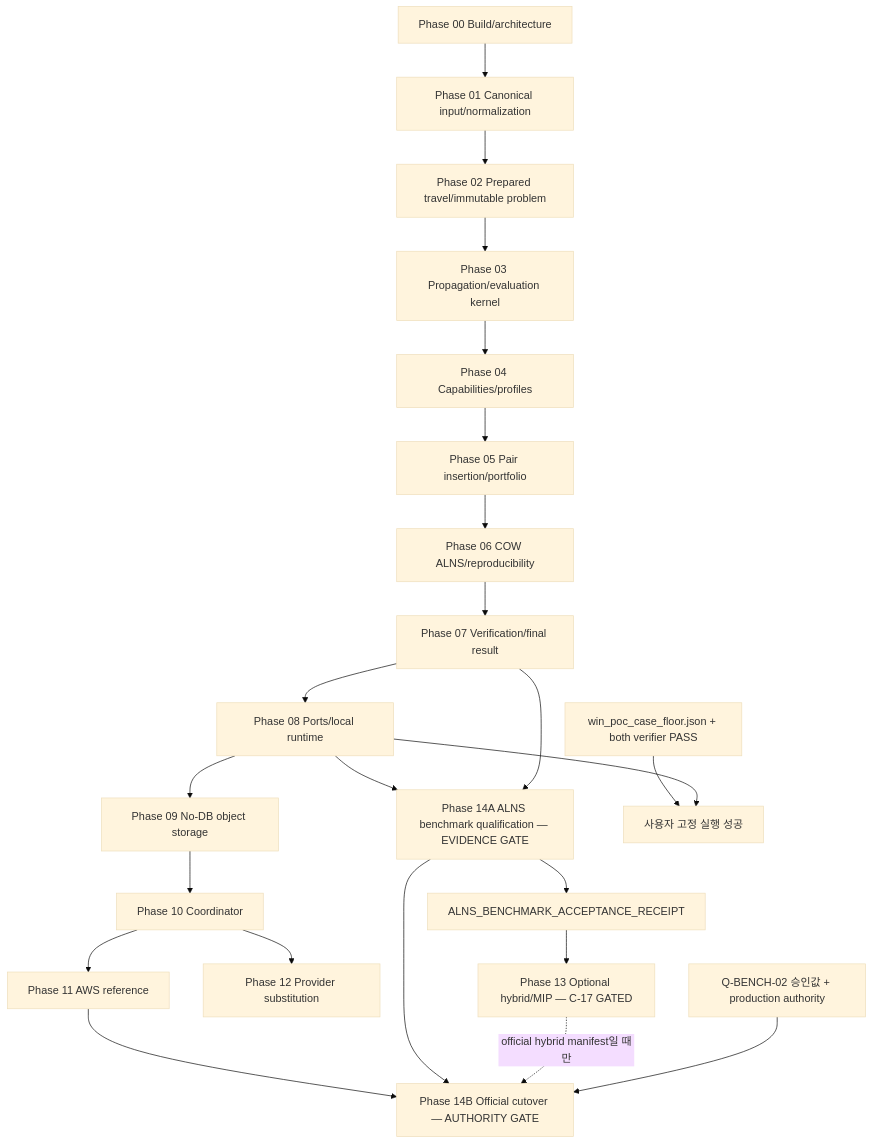
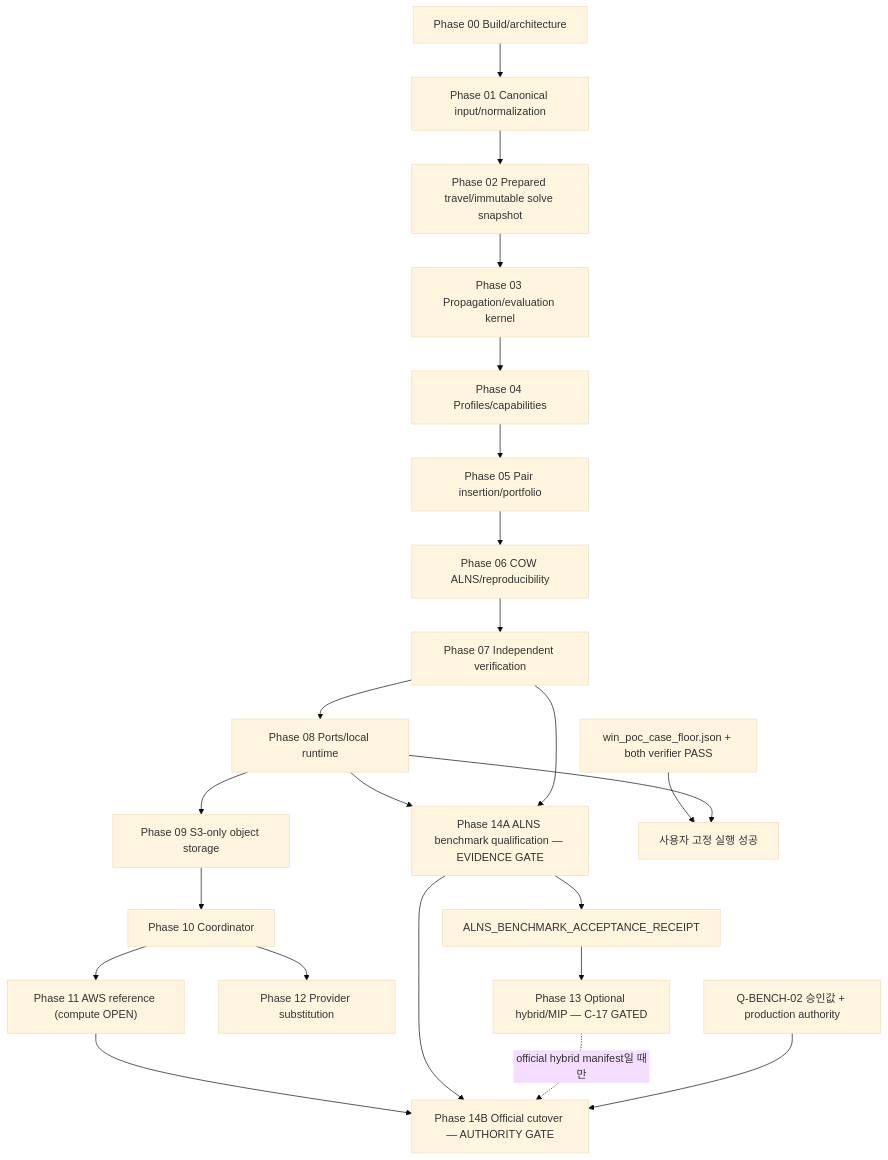
The diagram in docs/implementation/master-realization-plan.md (drimdrim2002/ro-next), drawn with Mermaid (base theme) before and after one commit. The commit also changed other lines of this file and 11 other files, not shown here.

First line of the commit message:
docs: align implementation core to APPROVED designs and AWS reference

````diff
--- a/docs/implementation/master-realization-plan.md
+++ b/docs/implementation/master-realization-plan.md
@@ -256,25 +337,25 @@
 ```mermaid
 flowchart TD
     P00["Phase 00 Build/architecture"] --> P01["Phase 01 Canonical input/normalization"]
-    P01 --> P02["Phase 02 Prepared travel/immutable problem"]
+    P01 --> P02["Phase 02 Prepared travel/immutable solve snapshot"]
     P02 --> P03["Phase 03 Propagation/evaluation kernel"]
-    P03 --> P04["Phase 04 Capabilities/profiles"]
+    P03 --> P04["Phase 04 Profiles/capabilities"]
     P04 --> P05["Phase 05 Pair insertion/portfolio"]
     P05 --> P06["Phase 06 COW ALNS/reproducibility"]
-    P06 --> P07["Phase 07 Verification/final result"]
+    P06 --> P07["Phase 07 Independent verification"]
     P07 --> P08["Phase 08 Ports/local runtime"]
-    P08 --> P09["Phase 09 No-DB object storage"]
+    P08 --> P09["Phase 09 S3-only object storage"]
     P09 --> P10["Phase 10 Coordinator"]
-    P10 --> P11["Phase 11 AWS reference"]
+    P10 --> P11["Phase 11 AWS reference (compute OPEN)"]
     P10 --> P12["Phase 12 Provider substitution"]
     P08 --> P14A["Phase 14A ALNS benchmark qualification — EVIDENCE GATE"]
     P07 --> P14A
     P14A --> B["ALNS_BENCHMARK_ACCEPTANCE_RECEIPT"]
     B --> P13["Phase 13 Optional hybrid/MIP — C-17 GATED"]
     P11 --> P14B["Phase 14B Official cutover — AUTHORITY GATE"]
     P14A --> P14B
     P13 -. "official hybrid manifest일 때만" .-> P14B
     Q["Q-BENCH-02 승인값 + production authority"] --> P14B
     F["win_poc_case_floor.json + both verifier PASS"] --> S["사용자 고정 실행 성공"]
     P08 --> S
 ```
````
